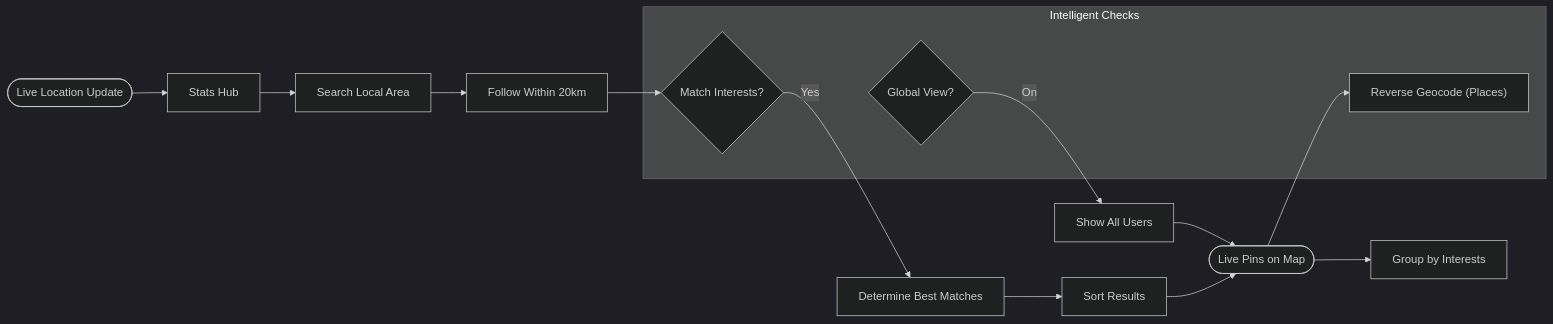
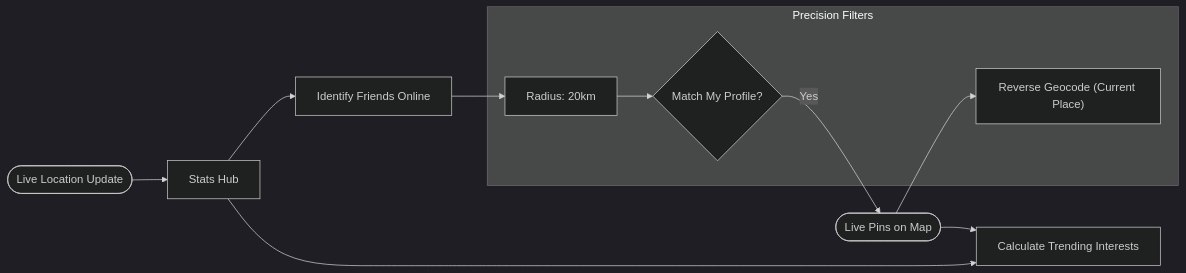
The fifth of 9 diagrams in docs/DIAGRAMS.md (Akash-Veerla/Demographic), drawn with Mermaid (dark theme) before and after one commit. The commit also changed other lines of this file, not shown here.

Commit message:
docs: Introduce detailed architecture, data structure, and process diagrams for the KON-NECT application.

````diff
--- a/docs/DIAGRAMS.md
+++ b/docs/DIAGRAMS.md
@@ -148,24 +161,19 @@
 ```mermaid
 graph LR
     Start([Live Location Update]) --> Hub[Stats Hub]
-    Hub --> Search[Search Local Area]
-    Search --> Range[Follow Within 20km]
+    Hub --> Trends[Calculate Trending Interests]
+    Hub --> Nearby[Identify Friends Online]
     
-    subgraph "Intelligent Checks"
-        ReverseGeo["Reverse Geocode (Places)"]
-        Match{Match Interests?}
-        Global{Global View?}
+    subgraph "Precision Filters"
+        ReverseGeo["Reverse Geocode (Current Place)"]
+        Match{Match My Profile?}
+        Range[Radius: 20km]
     end
     
+    Nearby --> Range
     Range --> Match
-    Global -- "On" --> ShowAll[Show All Users]
-    Match -- "Yes" --> Calc[Determine Best Matches]
+    Match -- "Yes" --> Display([Live Pins on Map])
     
-    Calc --> Sort[Sort Results]
-    Sort --> MapPins([Live Pins on Map])
-    ShowAll --> MapPins
-    
-    MapPins --> ReverseGeo
-    
-    MapPins --> Groups["Group by Interests"]
+    Display --> ReverseGeo
+    Display --> Trends
 ```
````
